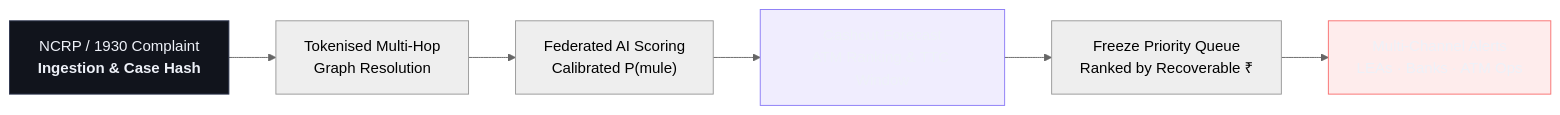
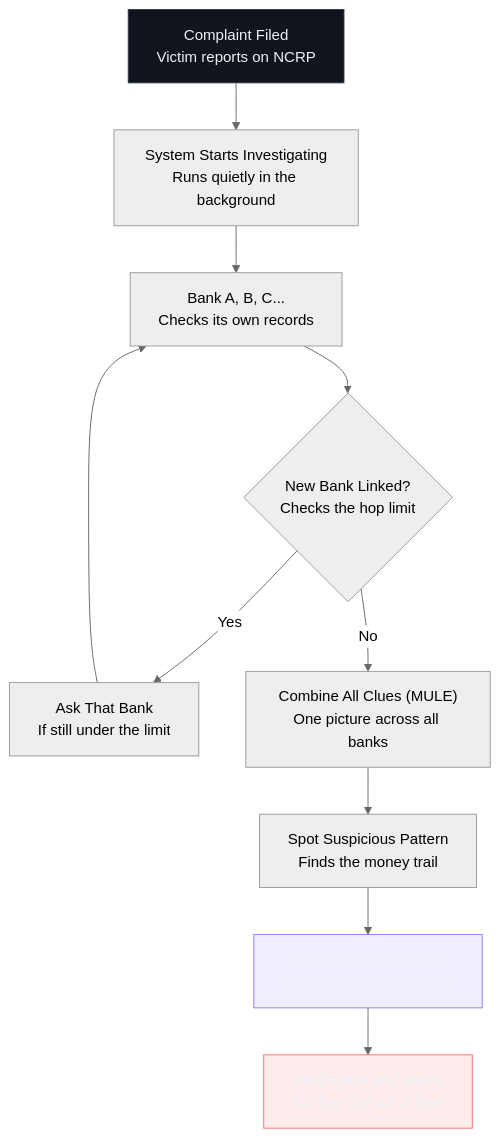
One commit to Pranav-Pardeshii/Ovi-V3 changed the first of 6 diagrams in README.md. Above: the diagram before and after it, drawn with Mermaid (neutral theme). The commit also changed other lines of this file, not shown here.

Commit message:
docs: align README with official SIH PPT specifications (tech stack, flowcharts, feasibility, impact)

````diff
--- a/README.md
+++ b/README.md
@@ -121,11 +121,16 @@
 ```mermaid
-flowchart LR
-    A["NCRP / 1930 Complaint<br/><b>Ingestion & Case Hash</b>"] --> B["Tokenised Multi-Hop<br/>Graph Resolution"]
-    B --> C["Federated AI Scoring<br/>Calibrated P(mule)"]
-    C --> D["Cashout Forecast<br/>ATM Ranking & TTC Window"]
-    D --> E["Freeze Priority Queue<br/>Ranked by Recoverable ₹"]
-    E --> F["Multi-Channel Alerts<br/>LEAs · Banks · ATM Ops"]
+flowchart TD
+    A["Complaint Filed<br/>Victim reports on NCRP"] --> B["System Starts Investigating<br/>Runs quietly in the background"]
+    B --> C["Bank A, B, C...<br/>Checks its own records"]
+    C --> D{"New Bank Linked?<br/>Checks the hop limit"}
+    D -- Yes --> E["Ask That Bank<br/>If still under the limit"]
+    E --> C
+    D -- No --> F["Combine All Clues (MULE)<br/>One picture across all banks"]
+    F --> G["Spot Suspicious Pattern<br/>Finds the money trail"]
+    G --> H["Predict Cash-Out Spot<br/>Likely ATM and likely time"]
+    H --> I["Alert Police and Banks<br/>So they can act in time"]
+
     style A fill:#11141C,stroke:#303851,color:#EEF1F8
-    style D fill:#8B7CF622,stroke:#8B7CF6,color:#EEF1F8
-    style F fill:#F8717122,stroke:#F87171,color:#EEF1F8
+    style H fill:#8B7CF622,stroke:#8B7CF6,color:#EEF1F8
+    style I fill:#F8717122,stroke:#F87171,color:#EEF1F8
 ```
````
